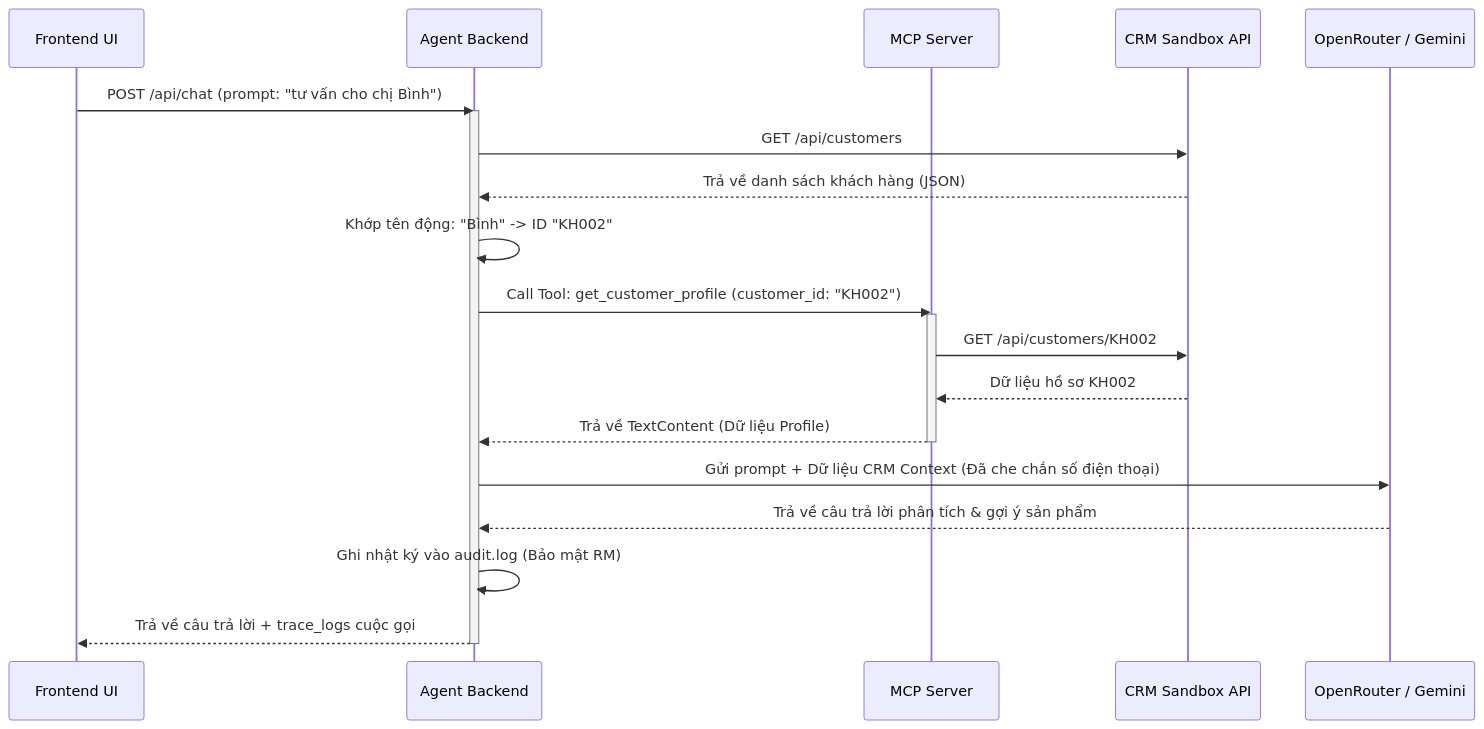
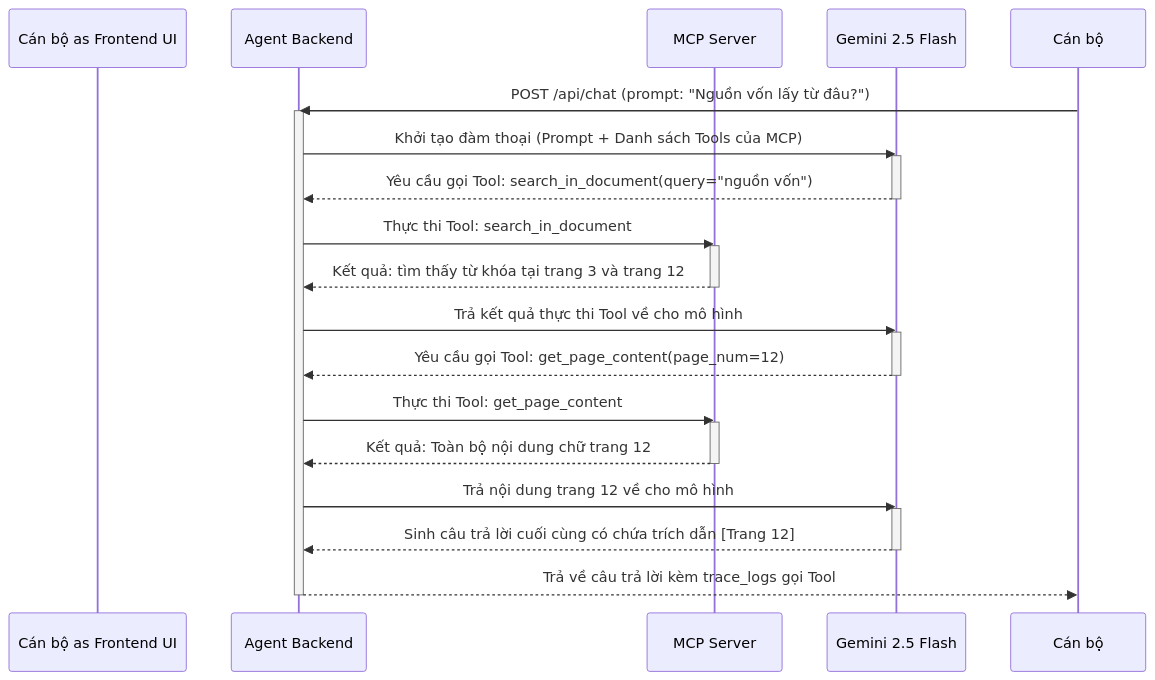
One commit to goicap15-cyber/Hackathon_Ai_Agent changed the second of 2 diagrams in ARCHITECTURE.md. Above: the diagram before and after it, drawn with Mermaid. The commit also changed other lines of this file and 16 other files, not shown here.

````diff
--- a/ARCHITECTURE.md
+++ b/ARCHITECTURE.md
@@ -41,25 +40,32 @@
 ```mermaid
 sequenceDiagram
-    participant Client as Frontend UI
+    participant Cán bộ as Frontend UI
     participant Backend as Agent Backend
     participant MCP as MCP Server
-    participant CRM as CRM Sandbox API
-    participant AI as OpenRouter / Gemini
-
-    Client->>Backend: POST /api/chat (prompt: "tư vấn cho chị Bình")
+    participant AI as Gemini 2.5 Flash
+    
+    Cán bộ->>Backend: POST /api/chat (prompt: "Nguồn vốn lấy từ đâu?")
     activate Backend
-    Backend->>CRM: GET /api/customers
-    CRM-->>Backend: Trả về danh sách khách hàng (JSON)
-    Backend->>Backend: Khớp tên động: "Bình" -> ID "KH002"
-    Backend->>MCP: Call Tool: get_customer_profile (customer_id: "KH002")
+    Backend->>AI: Khởi tạo đàm thoại (Prompt + Danh sách Tools của MCP)
+    activate AI
+    AI-->>Backend: Yêu cầu gọi Tool: search_in_document(query="nguồn vốn")
+    deactivate AI
+    Backend->>MCP: Thực thi Tool: search_in_document
     activate MCP
-    MCP->>CRM: GET /api/customers/KH002
-    CRM-->>MCP: Dữ liệu hồ sơ KH002
-    MCP-->>Backend: Trả về TextContent (Dữ liệu Profile)
+    MCP-->>Backend: Kết quả: tìm thấy từ khóa tại trang 3 và trang 12
     deactivate MCP
-    Backend->>AI: Gửi prompt + Dữ liệu CRM Context (Đã che chắn số điện thoại)
-    AI-->>Backend: Trả về câu trả lời phân tích & gợi ý sản phẩm
-    Backend->>Backend: Ghi nhật ký vào audit.log (Bảo mật RM)
-    Backend-->>Client: Trả về câu trả lời + trace_logs cuộc gọi
+    Backend->>AI: Trả kết quả thực thi Tool về cho mô hình
+    activate AI
+    AI-->>Backend: Yêu cầu gọi Tool: get_page_content(page_num=12)
+    deactivate AI
+    Backend->>MCP: Thực thi Tool: get_page_content
+    activate MCP
+    MCP-->>Backend: Kết quả: Toàn bộ nội dung chữ trang 12
+    deactivate MCP
+    Backend->>AI: Trả nội dung trang 12 về cho mô hình
+    activate AI
+    AI-->>Backend: Sinh câu trả lời cuối cùng có chứa trích dẫn [Trang 12]
+    deactivate AI
+    Backend-->>Cán bộ: Trả về câu trả lời kèm trace_logs gọi Tool
     deactivate Backend
 ```
````
